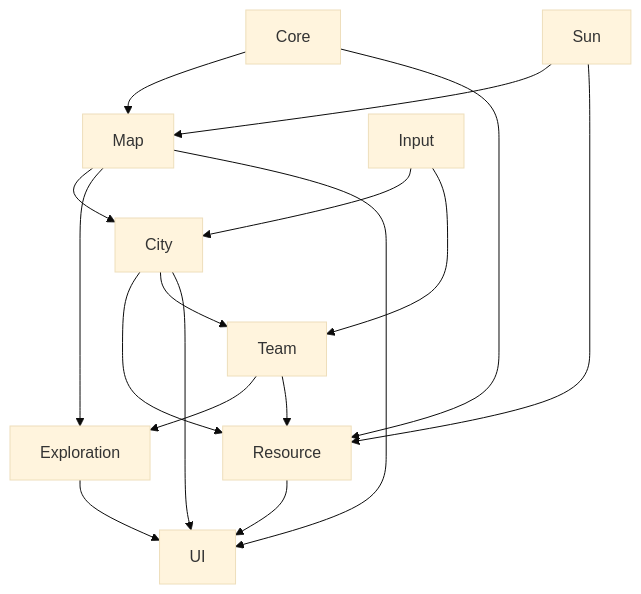
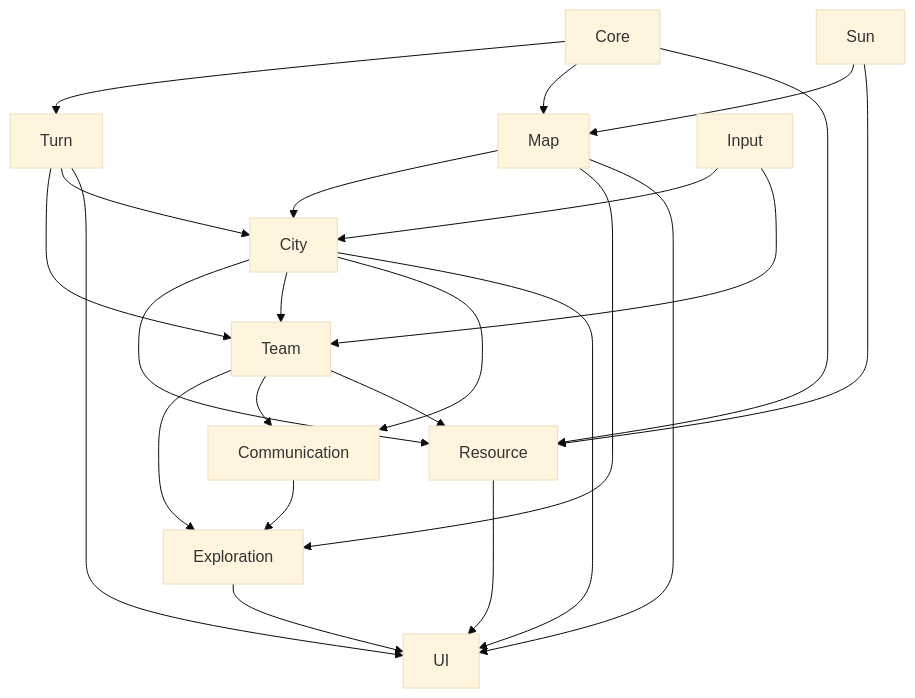
The diagram in Docs/03-程序设计/01-架构总览/模块划分.md (Estrella6066773/DriveToLight), drawn with Mermaid (base theme) before and after one commit. The commit also changed other lines of this file and 60 other files, not shown here.

````diff
--- a/Docs/03-程序设计/01-架构总览/模块划分.md
+++ b/Docs/03-程序设计/01-架构总览/模块划分.md
@@ -30,19 +33,26 @@
 ```mermaid
 flowchart TD
+    Core --> Turn
     Core --> Map
     Core --> Resource
+    Turn --> Team
+    Turn --> City
     Input --> City
     Input --> Team
     Map --> City
     Map --> Exploration
     City --> Resource
     City --> Team
+    City --> Communication
     Team --> Exploration
+    Team --> Communication
     Team --> Resource
     Sun --> Map
     Sun --> Resource
+    Communication --> Exploration
     City --> UI
     Map --> UI
     Resource --> UI
     Exploration --> UI
+    Turn --> UI
 ```
````
